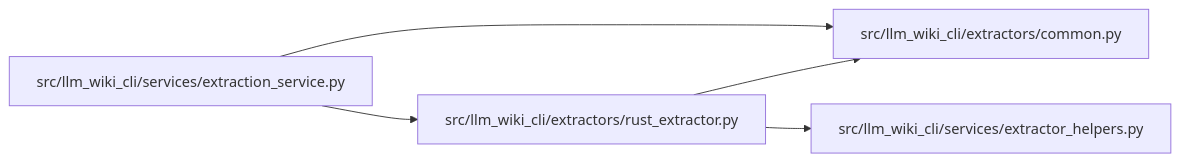
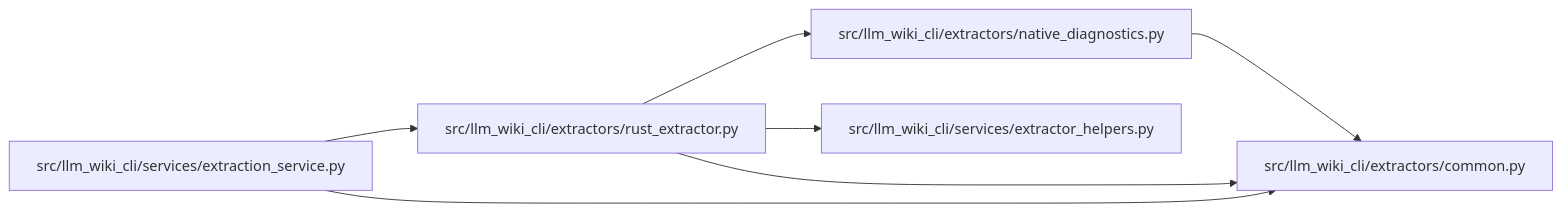
Before and after one commit to Denissvgn/python-wiki-llm: the diagram in docs/llm_wiki/modules/rust_extractor.md, drawn with Mermaid. The commit also changed other lines of this file and 383 other files, not shown here.

Commit message:
docs(wiki): explain native helper path diagnostics

````diff
--- a/docs/llm_wiki/modules/rust_extractor.md
+++ b/docs/llm_wiki/modules/rust_extractor.md
@@ -33,15 +36,19 @@
 ```mermaid
 flowchart LR
     n0["src/llm_wiki_cli/extractors/common.py"]
-    n1["src/llm_wiki_cli/extractors/rust_extractor.py"]
-    n2["src/llm_wiki_cli/services/extraction_service.py"]
-    n3["src/llm_wiki_cli/services/extractor_helpers.py"]
+    n1["src/llm_wiki_cli/extractors/native_diagnostics.py"]
+    n2["src/llm_wiki_cli/extractors/rust_extractor.py"]
+    n3["src/llm_wiki_cli/services/extraction_service.py"]
+    n4["src/llm_wiki_cli/services/extractor_helpers.py"]
     n1 --> n0
-    n1 --> n3
     n2 --> n0
     n2 --> n1
+    n2 --> n4
+    n3 --> n0
+    n3 --> n2
     click n0 "../modules/common.md"
-    click n1 "../modules/rust_extractor.md"
-    click n2 "../modules/extraction_service.md"
-    click n3 "../modules/extractor_helpers.md"
+    click n1 "../modules/native_diagnostics.md"
+    click n2 "../modules/rust_extractor.md"
+    click n3 "../modules/extraction_service.md"
+    click n4 "../modules/extractor_helpers.md"
 ```
````
